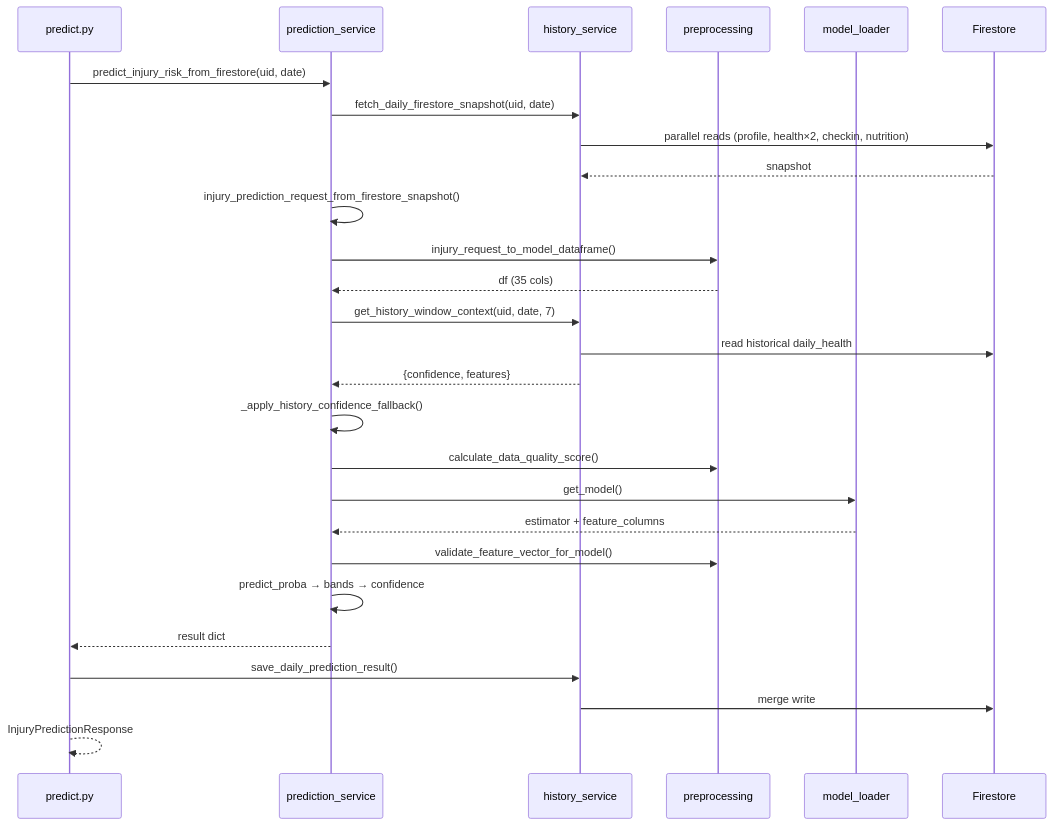
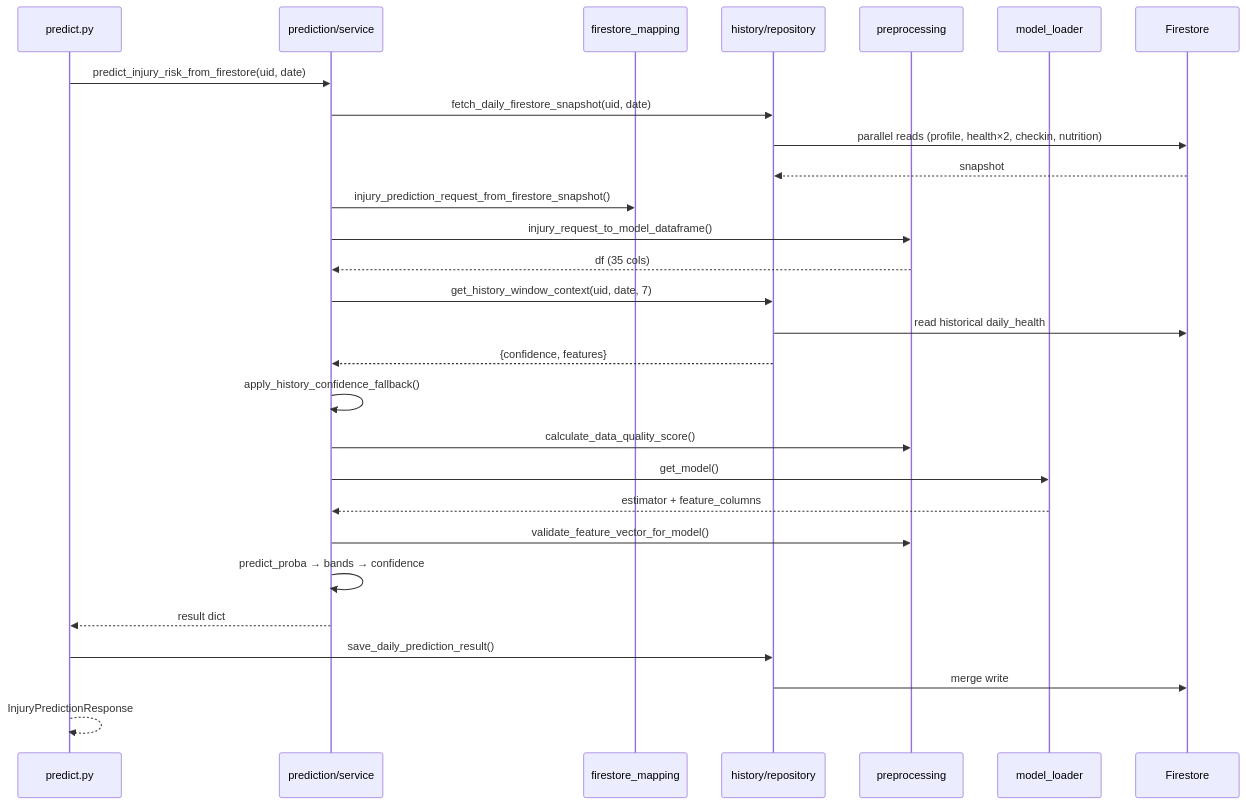
The first of 2 diagrams in backend/docs/LLD.md (yahav97/final_project_AthleAgent), drawn with Mermaid before and after one commit. The commit also changed other lines of this file and 25 other files, not shown here.

First line of the commit message:
Refactor service structure and enhance data handling in prediction logic

````diff
--- a/backend/docs/LLD.md
+++ b/backend/docs/LLD.md
@@ -418,30 +410,31 @@
 ```mermaid
 sequenceDiagram
     participant R as predict.py
-    participant PS as prediction_service
-    participant HS as history_service
+    participant PS as prediction/service
+    participant FM as firestore_mapping
+    participant HS as history/repository
     participant PP as preprocessing
     participant ML as model_loader
     participant FS as Firestore
 
     R->>PS: predict_injury_risk_from_firestore(uid, date)
     PS->>HS: fetch_daily_firestore_snapshot(uid, date)
     HS->>FS: parallel reads (profile, health×2, checkin, nutrition)
     FS-->>HS: snapshot
-    PS->>PS: injury_prediction_request_from_firestore_snapshot()
+    PS->>FM: injury_prediction_request_from_firestore_snapshot()
     PS->>PP: injury_request_to_model_dataframe()
     PP-->>PS: df (35 cols)
     PS->>HS: get_history_window_context(uid, date, 7)
     HS->>FS: read historical daily_health
     HS-->>PS: {confidence, features}
-    PS->>PS: _apply_history_confidence_fallback()
+    PS->>PS: apply_history_confidence_fallback()
     PS->>PP: calculate_data_quality_score()
     PS->>ML: get_model()
     ML-->>PS: estimator + feature_columns
     PS->>PP: validate_feature_vector_for_model()
     PS->>PS: predict_proba → bands → confidence
     PS-->>R: result dict
     R->>HS: save_daily_prediction_result()
     HS->>FS: merge write
     R-->>R: InjuryPredictionResponse
 ```
````
